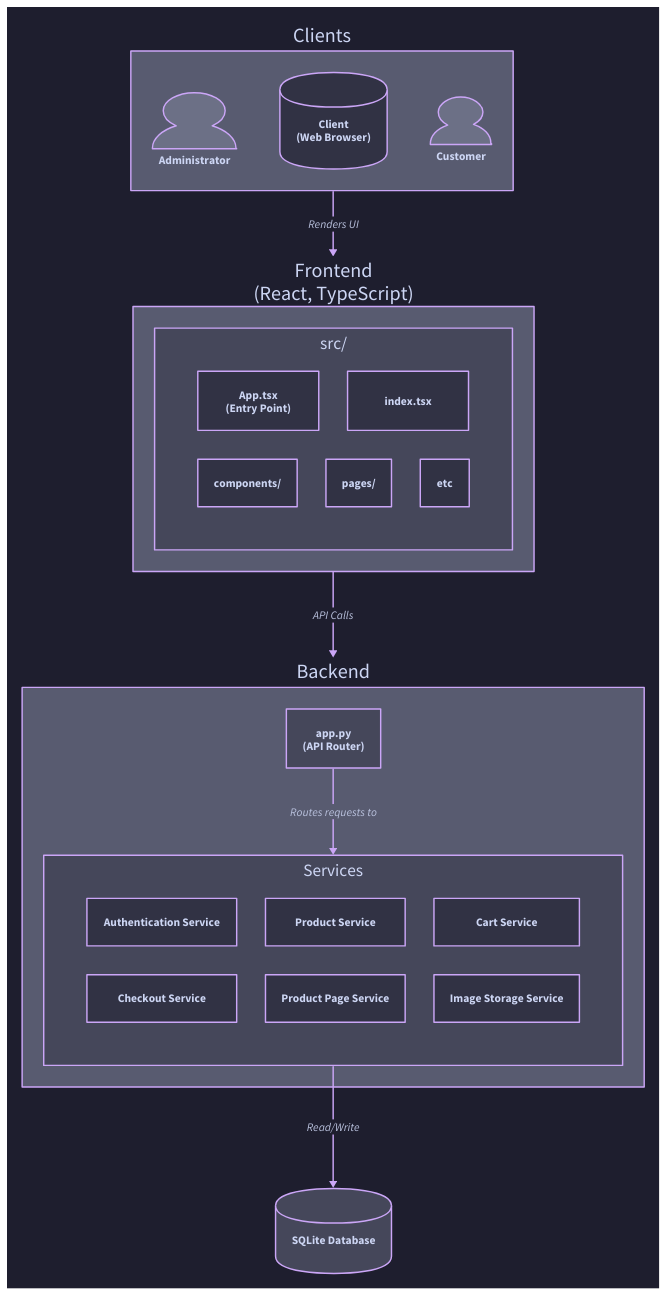
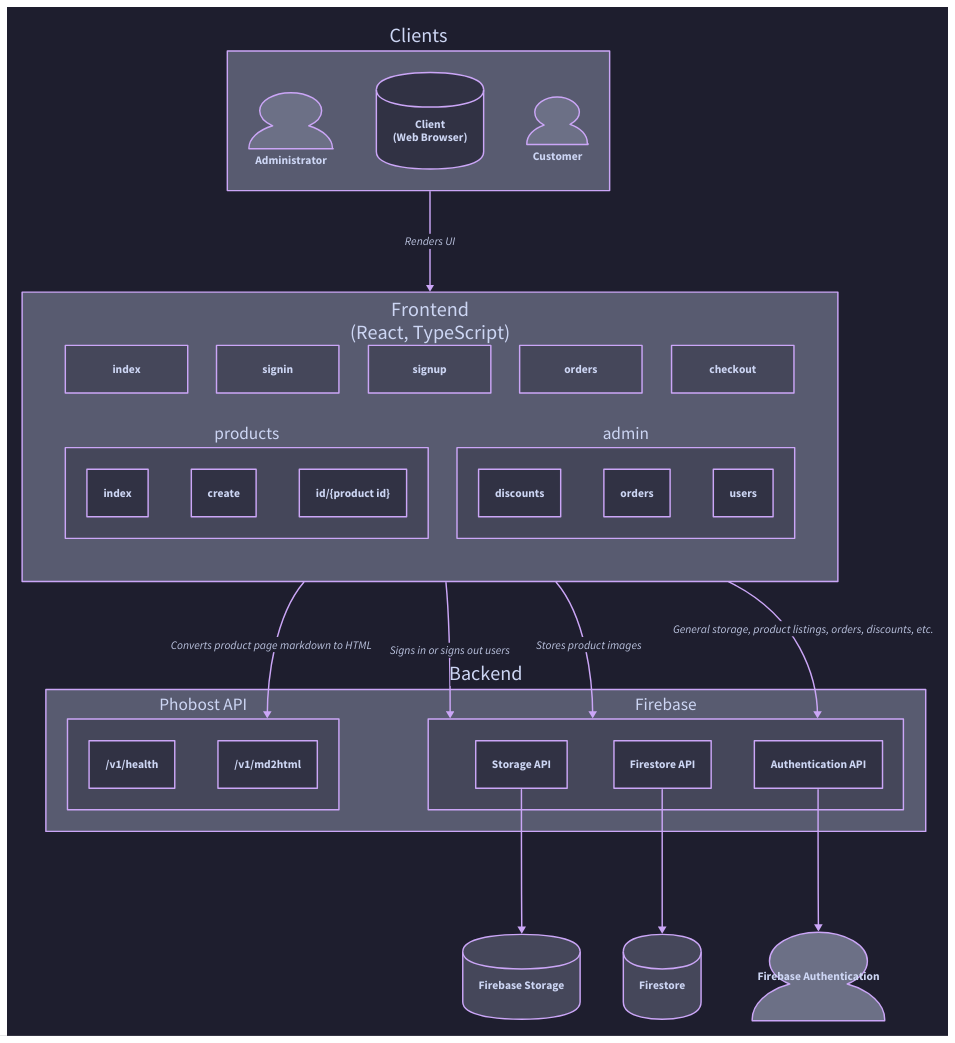
The diagram in docs/Architecture.d2 (phobost/SWE-Shopping-App), drawn with D2 before and after one commit.

Commit message:
docs: update architecture diagram

```diff
--- a/docs/Architecture.d2
+++ b/docs/Architecture.d2
@@ -1,67 +1,78 @@
 vars: {
   d2-config: {
-    # layout-engine: elk
     theme-id: 200
   }
 }
 
 Clients: {
   Admin: {
     label: "Administrator"
     shape: person
   }
 
   Client: {
     label: "Client\n(Web Browser)"
     shape: cylinder
   }
 
   User: {
     label: "Customer"
     shape: person
   }
 }
 
 Frontend: {
-  shape: rectangle
   label: "Frontend\n(React, TypeScript)"
-
-  "src/": {
-    grid-rows: 2
-    "App.tsx": {
-      label: "App.tsx\n(Entry Point)"
-    }
-    "index.tsx"
-    "components/"
-    "pages/"
-    etc
+  grid-rows: 2
+  index
+  signin
+  signup
+  orders
+  checkout
+  products: {
+    index
+    create
+    "id/{product id}"
+  }
+  admin: {
+    discounts
+    orders
+    users
   }
 }
 
-Backend: Backend {
-  # grid-columns: 1
-  Router: app.py\n(API Router)
-
-  Router -> Services: Routes requests to
-
-  Services: {
-    grid-rows: 2
-    grid-columns: 3
-    Authentication Service
-    Product Service
-    Cart Service
-    Checkout Service
-    Product Page Service
-    Image Storage Service
+Backend: {
+  Phobost API: {
+    /v1/health
+    /v1/md2html
+  }
+  Firebase: {
+    Firestore API
+    Storage API
+    Authentication API
   }
 }
 
-Database: SQLite Database {
+Firebase Storage: {
   shape: cylinder
+}
+
+Firestore: {
+  shape: cylinder
+}
+
+Firebase Authentication: {
+  shape: Person
 }
 
 # Primary Connections
 Clients -> Frontend: "Renders UI"
 
-Frontend -> Backend: "API Calls"
-Backend.Services -> Database: "Read/Write"
+Frontend -> Backend.Firebase: "Signs in or signs out users"
+Frontend -> Backend.Firebase: "Stores product images"
+Frontend -> Backend.Firebase: "General storage, product listings, orders, discounts, etc."
+Frontend -> Backend.Phobost API: "Converts product page markdown to HTML"
+
+Backend.Firebase.Firestore API -> Firestore
+Backend.Firebase.Storage API -> Firebase Storage
+Backend.Firebase.Authentication API -> Firebase Authentication
```
